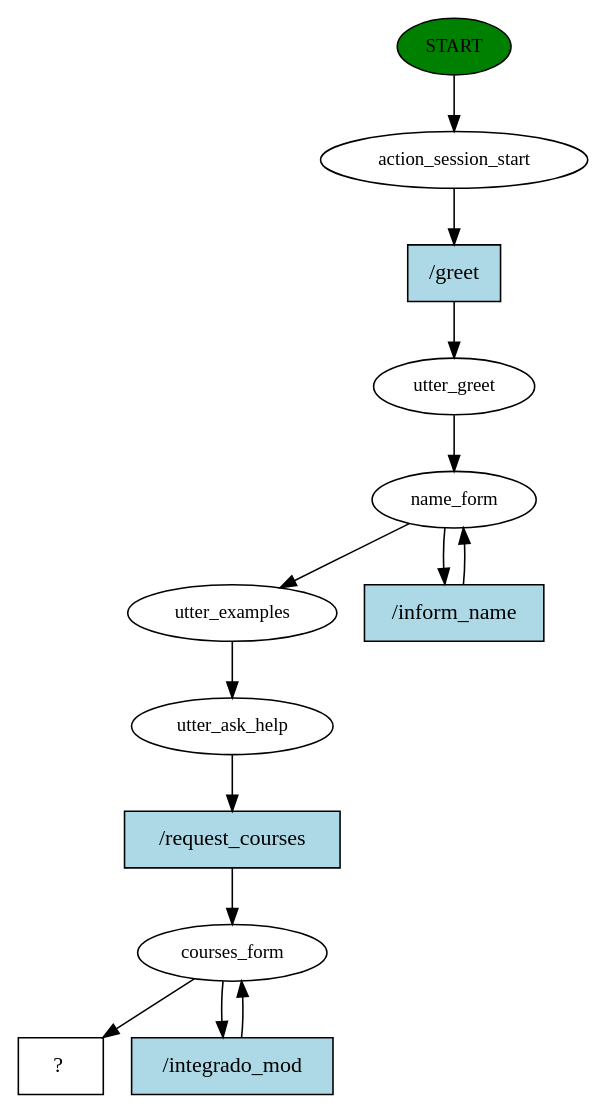
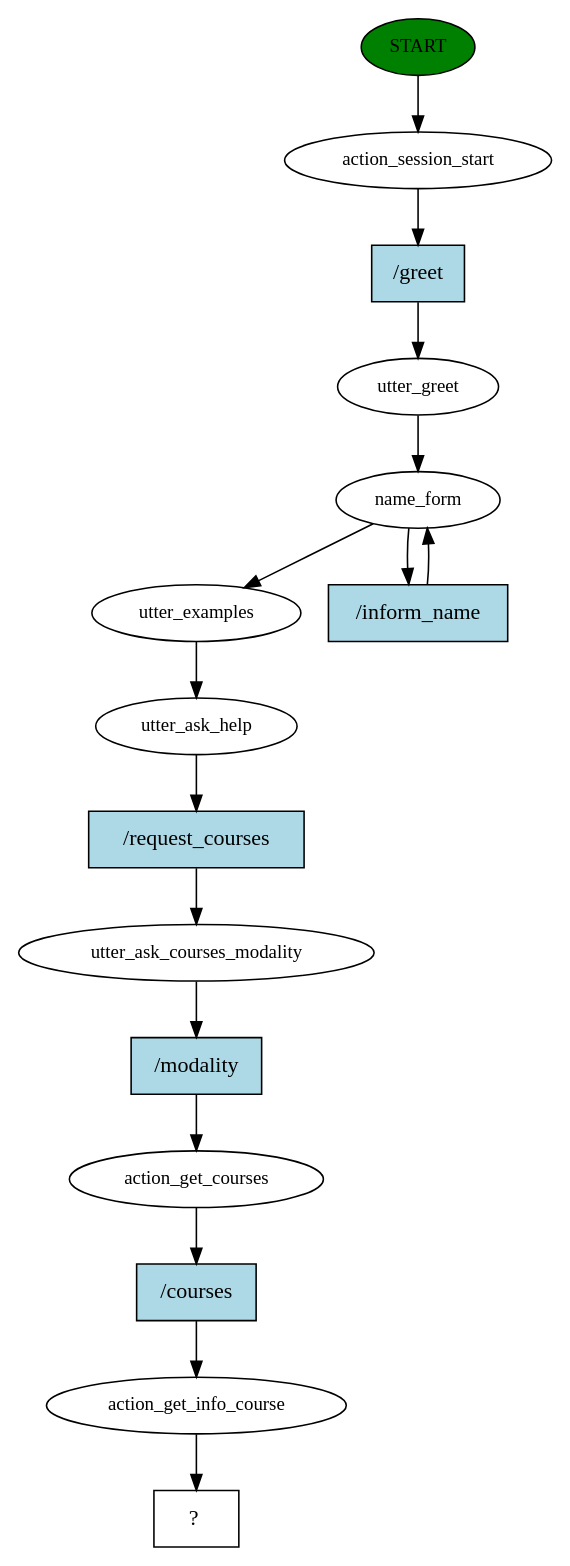
One commit to ofernandobarbosa/chatbot_IF changed the diagram in story_graph.dot. Above: the diagram before and after it, drawn with Graphviz. The commit also changed 4 other files, not shown here.

```diff
--- a/story_graph.dot
+++ b/story_graph.dot
@@ -1,27 +1,32 @@
 digraph  {
 0 [class="start active", fillcolor=green, fontsize=12, label=START, style=filled];
 1 [class=active, fontsize=12, label=action_session_start];
 2 [class=active, fontsize=12, label=utter_greet];
 3 [class=active, fontsize=12, label=name_form];
 5 [class=active, fontsize=12, label=utter_examples];
 6 [class=active, fontsize=12, label=utter_ask_help];
-7 [class=active, fontsize=12, label=courses_form];
-9 [class="intent dashed active", label="  ?  ", shape=rect];
-10 [class="intent active", fillcolor=lightblue, label="/greet", shape=rect, style=filled];
-11 [class="intent active", fillcolor=lightblue, label="/inform_name", shape=rect, style=filled];
-12 [class="intent active", fillcolor=lightblue, label="/request_courses", shape=rect, style=filled];
-13 [class="intent active", fillcolor=lightblue, label="/integrado_mod", shape=rect, style=filled];
+7 [class=active, fontsize=12, label=utter_ask_courses_modality];
+8 [class=active, fontsize=12, label=action_get_courses];
+9 [class=active, fontsize=12, label=action_get_info_course];
+10 [class="intent dashed active", label="  ?  ", shape=rect];
+11 [class="intent active", fillcolor=lightblue, label="/greet", shape=rect, style=filled];
+12 [class="intent active", fillcolor=lightblue, label="/inform_name", shape=rect, style=filled];
+13 [class="intent active", fillcolor=lightblue, label="/request_courses", shape=rect, style=filled];
+14 [class="intent active", fillcolor=lightblue, label="/modality", shape=rect, style=filled];
+15 [class="intent active", fillcolor=lightblue, label="/courses", shape=rect, style=filled];
 0 -> 1  [class=active, key=NONE, label=""];
-1 -> 10  [class=active, key=0];
+1 -> 11  [class=active, key=0];
 2 -> 3  [class=active, key=NONE, label=""];
 3 -> 5  [class=active, key=NONE, label=""];
-3 -> 11  [class=active, key=0];
+3 -> 12  [class=active, key=0];
 5 -> 6  [class=active, key=NONE, label=""];
-6 -> 12  [class=active, key=0];
-7 -> 9  [class=active, key=NONE, label=""];
-7 -> 13  [class=active, key=0];
-10 -> 2  [class=active, key=0];
-11 -> 3  [class=active, key=0];
-12 -> 7  [class=active, key=0];
+6 -> 13  [class=active, key=0];
+7 -> 14  [class=active, key=0];
+8 -> 15  [class=active, key=0];
+9 -> 10  [class=active, key=NONE, label=""];
+11 -> 2  [class=active, key=0];
+12 -> 3  [class=active, key=0];
 13 -> 7  [class=active, key=0];
+14 -> 8  [class=active, key=0];
+15 -> 9  [class=active, key=0];
 }
```
